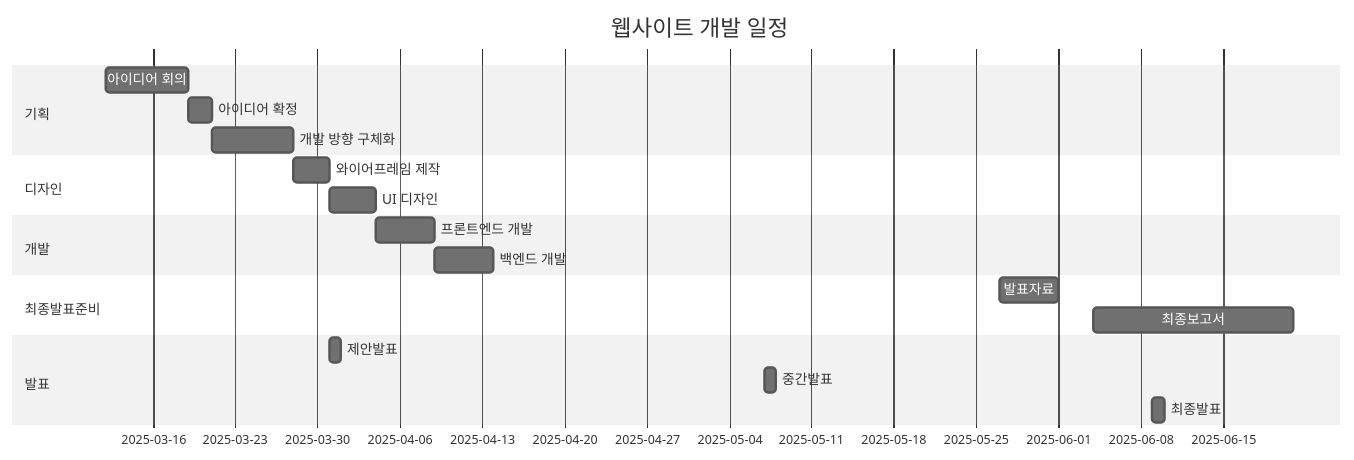
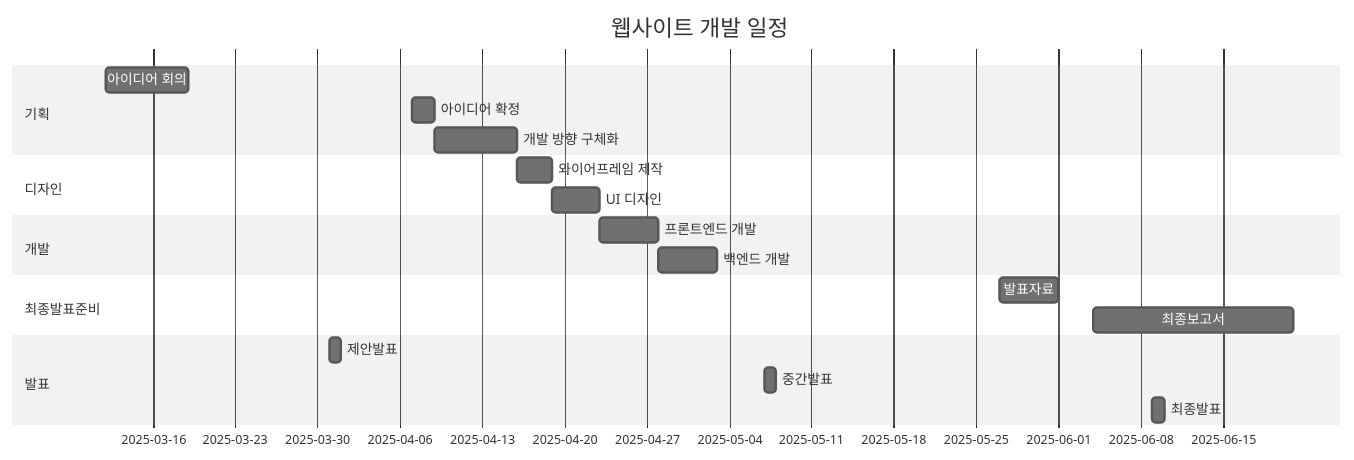
One commit to Introduction-to-Engineering-Design-13/LOR changed the diagram in project-plan.md. Above: the diagram before and after it, drawn with Mermaid (neutral theme).

````diff
--- a/project-plan.md
+++ b/project-plan.md
@@ -1,28 +1,28 @@
 ```mermaid
 gantt
     title 웹사이트 개발 일정
     dateFormat  YYYY-MM-DD
 
     section 기획
     아이디어 회의      :a1, 2025-03-12, 7d
-    아이디어 확정      :a2, after a1, 2d
+    아이디어 확정      :a2, 2025-04-07, 2d
     개발 방향 구체화    :a3, after a2, 7d
 
     section 디자인
     와이어프레임 제작   :b1, after a3, 3d
     UI 디자인           :b2, after b1, 4d
     
     section 개발
     프론트엔드 개발     :c1, after b2, 5d
     백엔드 개발         :c2, after c1, 5d
 
     section 최종발표준비
     발표자료            :d1,    2025-05-27,    5d
     최종보고서          :d2,    2025-06-04,    17d
 
     section 발표
     제안발표            :e1,    2025-03-31,    1d 
     중간발표            :e2,    2025-05-07,    1d
     최종발표            :e3,    2025-06-09,    1d
 
 ```
````
